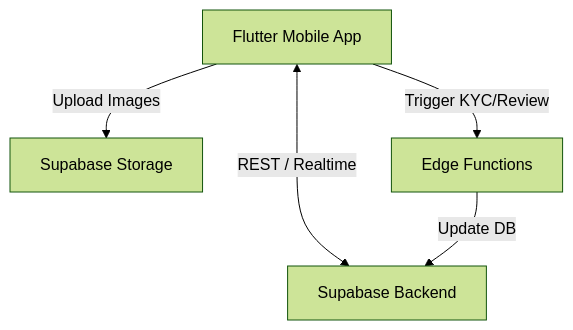
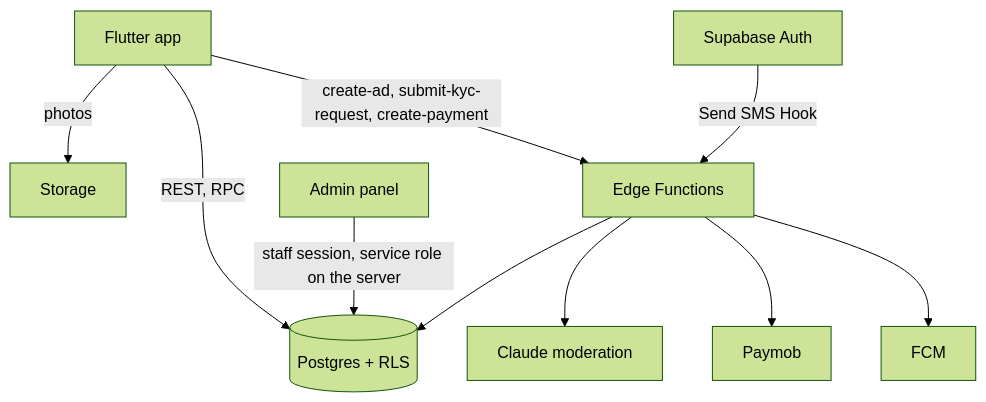
Before and after one commit to Maamoun0/wasla: the diagram in README.md, drawn with Mermaid (forest theme). The commit also changed other lines of this file, not shown here.

````diff
--- a/README.md
+++ b/README.md
@@ -17,12 +17,12 @@
 ```mermaid
 graph TD
-    Client[Flutter Mobile App]
-    Backend[Supabase Backend]
-    Storage[Supabase Storage]
-    Functions[Edge Functions]
-
-    Client <-->|REST / Realtime| Backend
-    Client -->|Upload Images| Storage
-    Client -->|Trigger KYC/Review| Functions
-    Functions -->|Update DB| Backend
+    App[Flutter app] -->|REST, RPC| DB[(Postgres + RLS)]
+    App -->|photos| Storage[Storage]
+    App -->|create-ad, submit-kyc-request, create-payment| Fn[Edge Functions]
+    Admin[Admin panel] -->|staff session, service role on the server| DB
+    Fn --> DB
+    Fn --> Anthropic[Claude moderation]
+    Fn --> Paymob
+    Fn --> FCM
+    Auth[Supabase Auth] -->|Send SMS Hook| Fn
 ```
````
